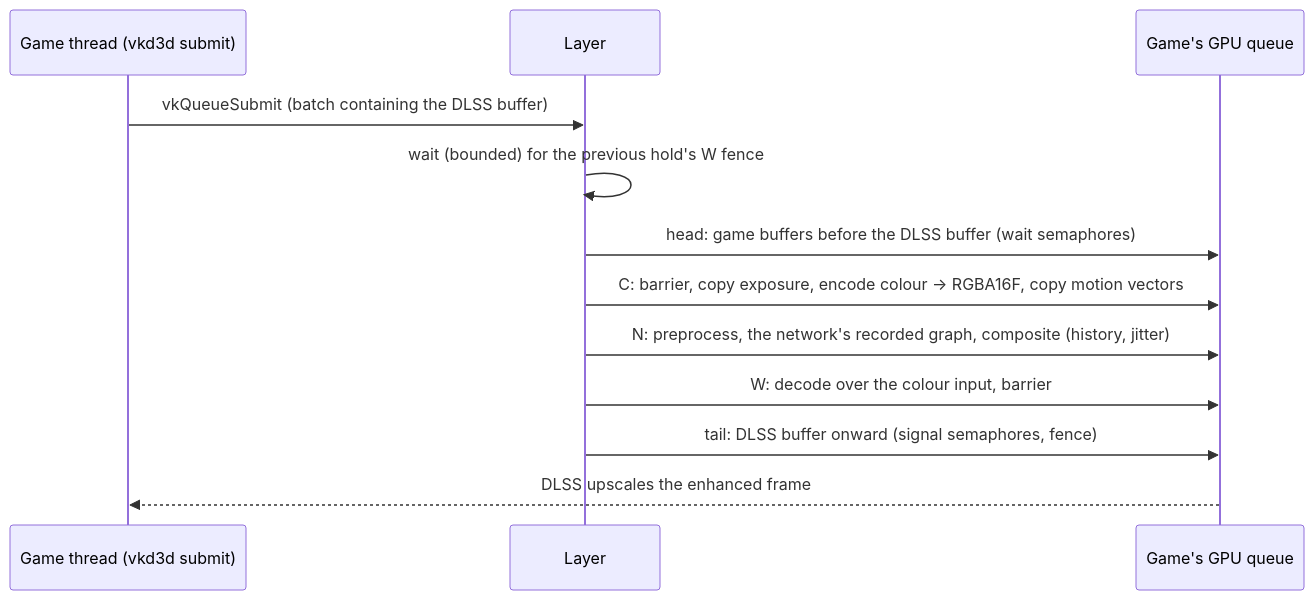
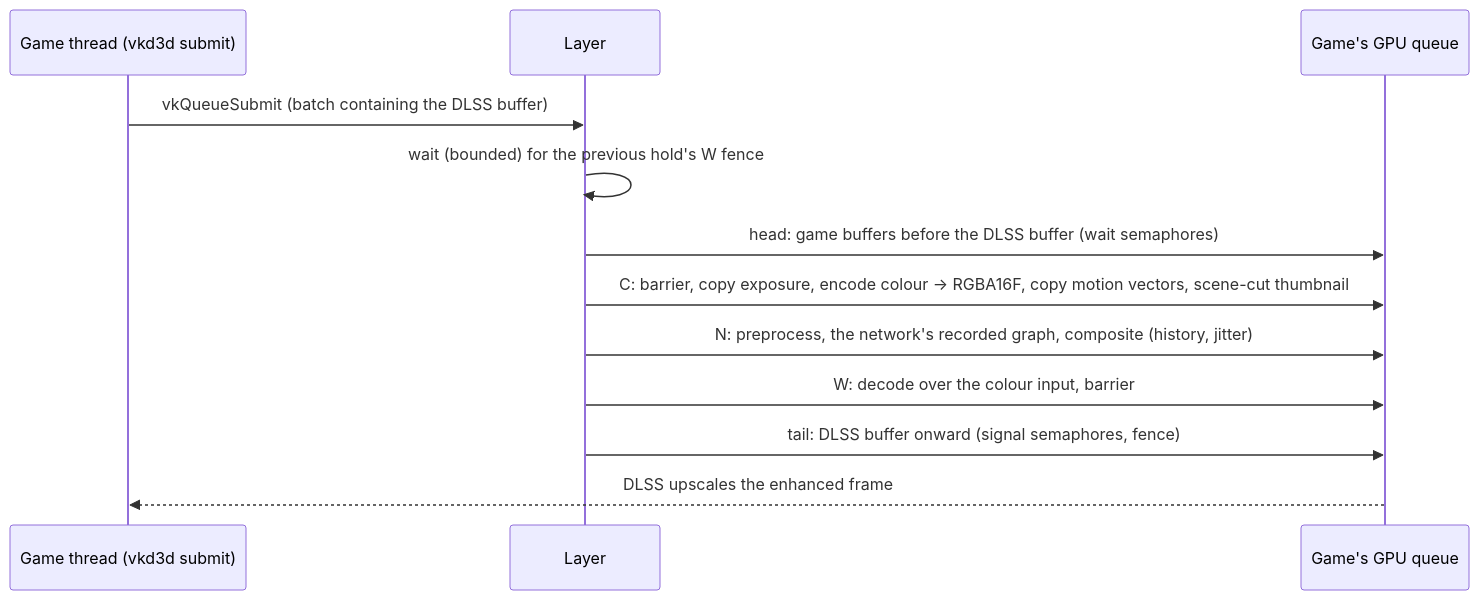
One commit to labj1987/neural-forge changed the third of 3 diagrams in docs/ARCHITECTURE.md. Above: the diagram before and after it, drawn with Mermaid. The commit also changed other lines of this file and 20 other files, not shown here.

````diff
--- a/docs/ARCHITECTURE.md
+++ b/docs/ARCHITECTURE.md
@@ -306,14 +306,14 @@
 ```mermaid
 sequenceDiagram
     participant G as Game thread (vkd3d submit)
     participant L as Layer
     participant Q as Game's GPU queue
     G->>L: vkQueueSubmit (batch containing the DLSS buffer)
     L->>L: wait (bounded) for the previous hold's W fence
     L->>Q: head: game buffers before the DLSS buffer (wait semaphores)
-    L->>Q: C: barrier, copy exposure, encode colour -> RGBA16F, copy motion vectors
+    L->>Q: C: barrier, copy exposure, encode colour -> RGBA16F, copy motion vectors, scene-cut thumbnail
     L->>Q: N: preprocess, the network's recorded graph, composite (history, jitter)
     L->>Q: W: decode over the colour input, barrier
     L->>Q: tail: DLSS buffer onward (signal semaphores, fence)
     Q-->>G: DLSS upscales the enhanced frame
 ```
````
